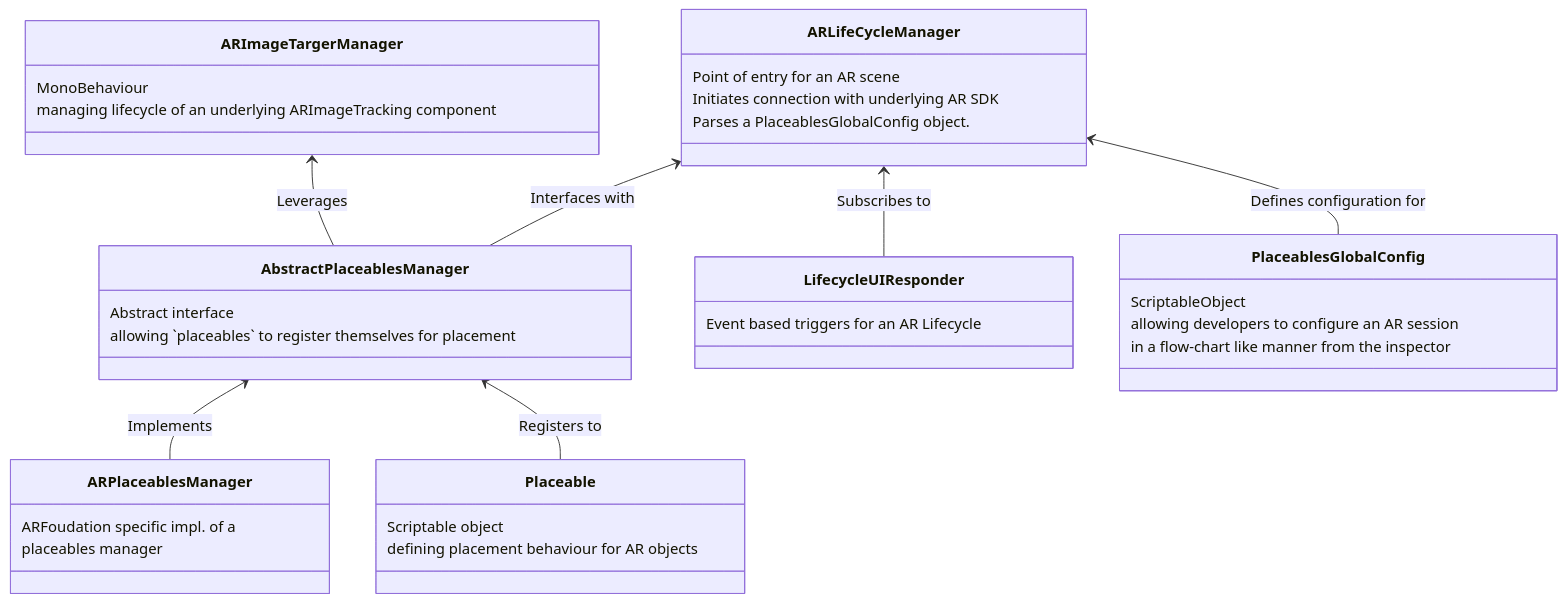
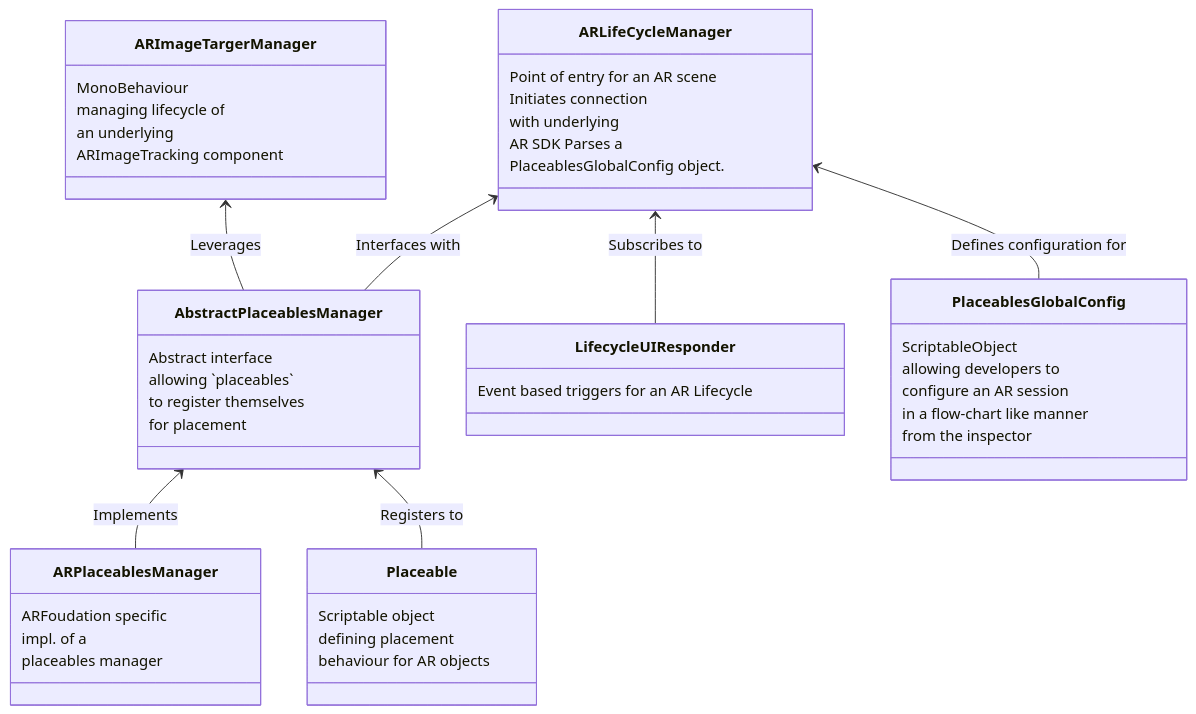
Before and after one commit to Dutch-Rose-Media/docs: the first of 2 diagrams in docs/placeablestoolkit.md, drawn with Mermaid. The commit also changed other lines of this file and 2 other files, not shown here.

````diff
--- a/docs/placeablestoolkit.md
+++ b/docs/placeablestoolkit.md
@@ -19,38 +25,48 @@
 ``` mermaid
 classDiagram
   ARLifeCycleManager <-- AbstractPlaceablesManager:Interfaces with
   ARLifeCycleManager <-- LifecycleUIResponder:Subscribes to
   ARLifeCycleManager <-- PlaceablesGlobalConfig:Defines configuration for
   AbstractPlaceablesManager <-- ARPlaceablesManager:Implements
   AbstractPlaceablesManager <-- Placeable:Registers to
   ARImageTargerManager <-- AbstractPlaceablesManager:Leverages
   class LifecycleUIResponder{
     Event based triggers for an AR Lifecycle
   }
   class ARLifeCycleManager{
     Point of entry for an AR scene
-    Initiates connection with underlying AR SDK
-    Parses a PlaceablesGlobalConfig object.
+    Initiates connection
+    with underlying 
+    AR SDK Parses a 
+    PlaceablesGlobalConfig object.
   }
   class PlaceablesGlobalConfig{
     ScriptableObject 
-    allowing developers to configure an AR session
-    in a flow-chart like manner from the inspector
+    allowing developers to
+    configure an AR session
+    in a flow-chart like manner
+    from the inspector
   }
   class ARPlaceablesManager{
-    ARFoudation specific impl. of a 
+    ARFoudation specific
+    impl. of a 
     placeables manager
   }
   class AbstractPlaceablesManager{
     Abstract interface 
-    allowing `placeables` to register themselves for placement
+    allowing `placeables` 
+    to register themselves
+    for placement
   }
   class ARImageTargerManager{
     MonoBehaviour 
-    managing lifecycle of an underlying ARImageTracking component
+    managing lifecycle of
+    an underlying 
+    ARImageTracking component
   }
   class Placeable{
     Scriptable object
-    defining placement behaviour for AR objects
+    defining placement
+    behaviour for AR objects
   }
 ```
````
